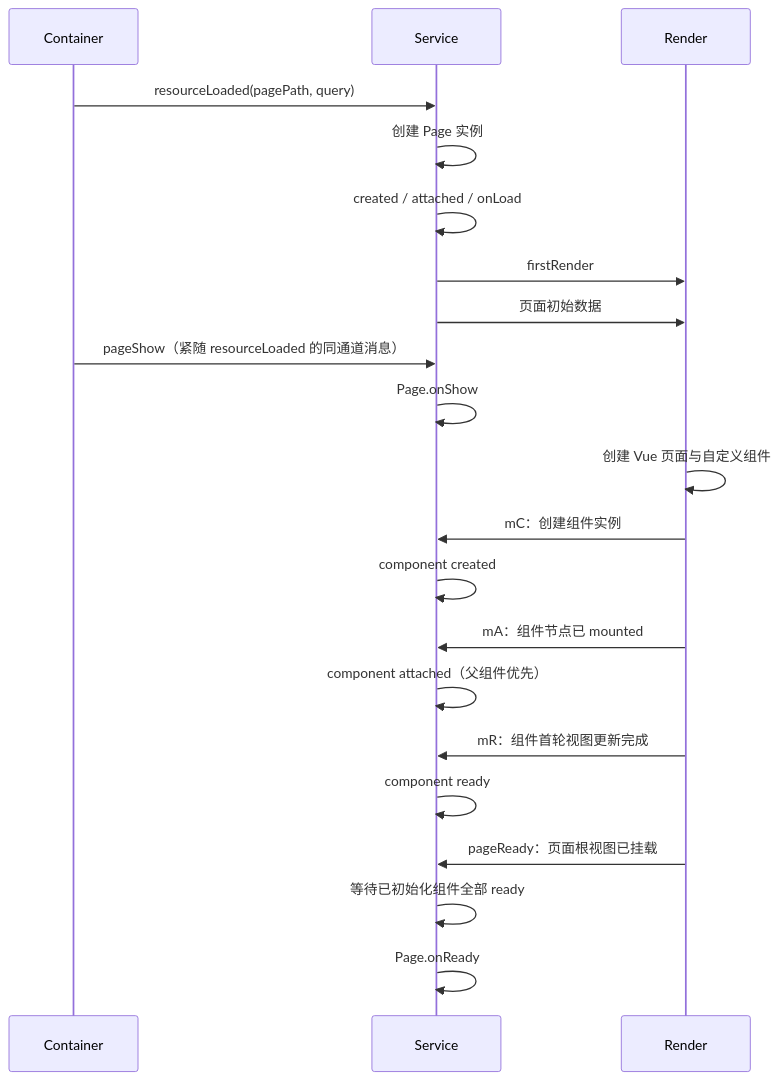
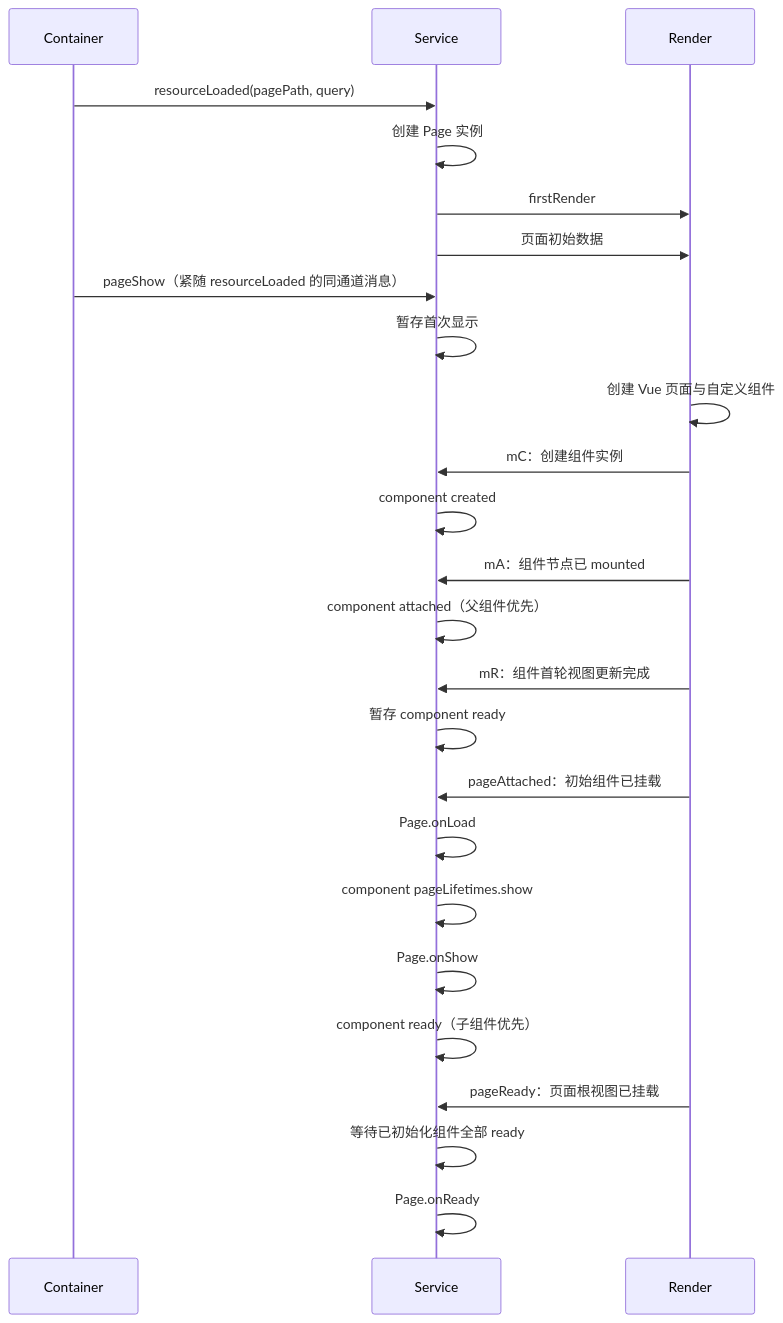
Before and after one commit to sternelee/dimina: the first of 2 diagrams in docs/Architecture-Lifecycle.md, drawn with Mermaid. The commit also changed other lines of this file and 13 other files, not shown here.

````diff
--- a/docs/Architecture-Lifecycle.md
+++ b/docs/Architecture-Lifecycle.md
@@ -19,26 +19,29 @@
 ```mermaid
 sequenceDiagram
     participant C as Container
     participant S as Service
     participant R as Render
 
     C->>S: resourceLoaded(pagePath, query)
     S->>S: 创建 Page 实例
-    S->>S: created / attached / onLoad
     S->>R: firstRender
     S->>R: 页面初始数据
     C->>S: pageShow（紧随 resourceLoaded 的同通道消息）
-    S->>S: Page.onShow
+    S->>S: 暂存首次显示
 
     R->>R: 创建 Vue 页面与自定义组件
     R->>S: mC：创建组件实例
     S->>S: component created
     R->>S: mA：组件节点已 mounted
     S->>S: component attached（父组件优先）
-
     R->>S: mR：组件首轮视图更新完成
-    S->>S: component ready
+    S->>S: 暂存 component ready
+    R->>S: pageAttached：初始组件已挂载
+    S->>S: Page.onLoad
+    S->>S: component pageLifetimes.show
+    S->>S: Page.onShow
+    S->>S: component ready（子组件优先）
     R->>S: pageReady：页面根视图已挂载
     S->>S: 等待已初始化组件全部 ready
     S->>S: Page.onReady
 ```
````
